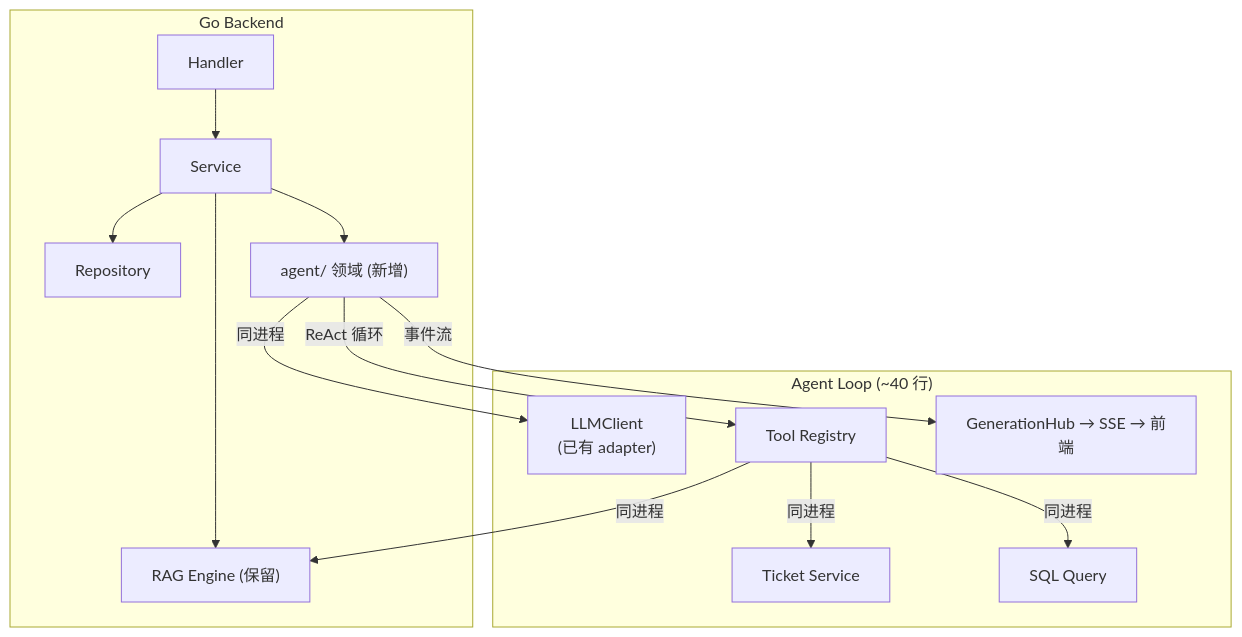
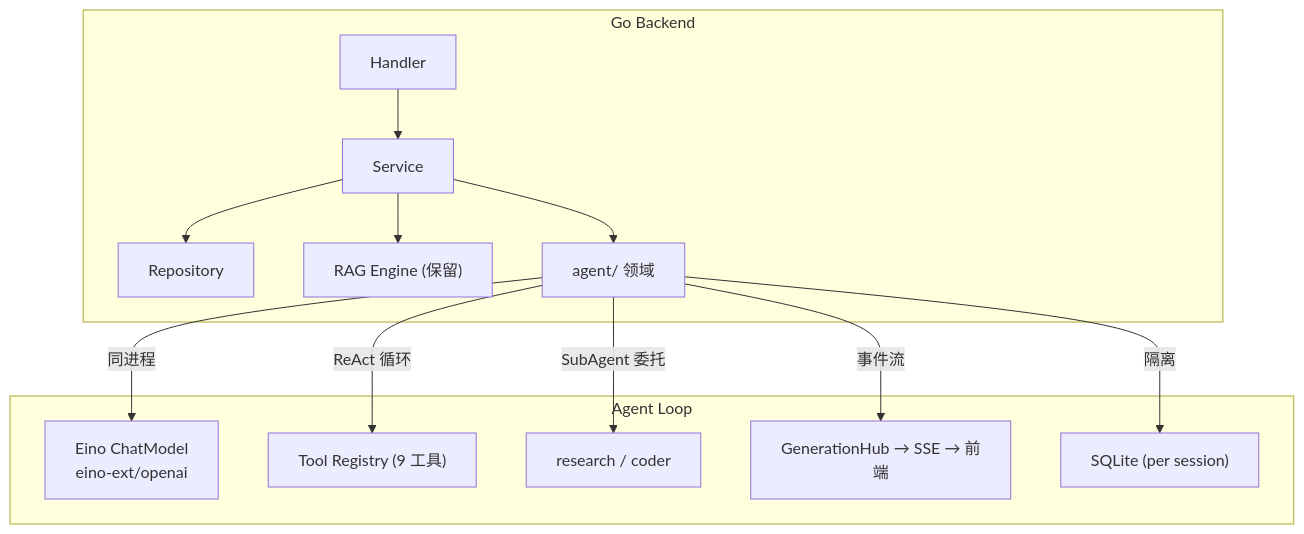
One commit to int2t05/Cognik changed the third of 10 diagrams in docs/ROADMAP.md. Above: the diagram before and after it, drawn with Mermaid. The commit also changed other lines of this file, not shown here.

First line of the commit message:
docs(roadmap): 全量更新 — 新增 V1.5 知识库组织 + 简洁纯净

````diff
--- a/docs/ROADMAP.md
+++ b/docs/ROADMAP.md
@@ -189,16 +179,15 @@
 ```mermaid
 flowchart TB
     subgraph Go["Go Backend"]
         H["Handler"] --> S["Service"] --> R["Repository"]
         S --> RAG["RAG Engine (保留)"]
-        S --> AG["agent/ 领域 (新增)"]
+        S --> AG["agent/ 领域"]
     end
-    subgraph AgentLoop["Agent Loop (~40 行)"]
-        AG -->|"同进程"| LLM["LLMClient<br/>(已有 adapter)"]
-        AG -->|"ReAct 循环"| TOOLS["Tool Registry"]
-        TOOLS -->|"同进程"| RAG
-        TOOLS -->|"同进程"| TK["Ticket Service"]
-        TOOLS -->|"同进程"| SQL["SQL Query"]
+    subgraph AgentLoop["Agent Loop"]
+        AG -->|"同进程"| LLM["Eino ChatModel<br/>eino-ext/openai"]
+        AG -->|"ReAct 循环"| TOOLS["Tool Registry (9 工具)"]
+        AG -->|"SubAgent 委托"| SUB["research / coder"]
         AG -->|"事件流"| SSE["GenerationHub → SSE → 前端"]
+        AG -->|"隔离"| SQLite["SQLite (per session)"]
     end
 ```
````
